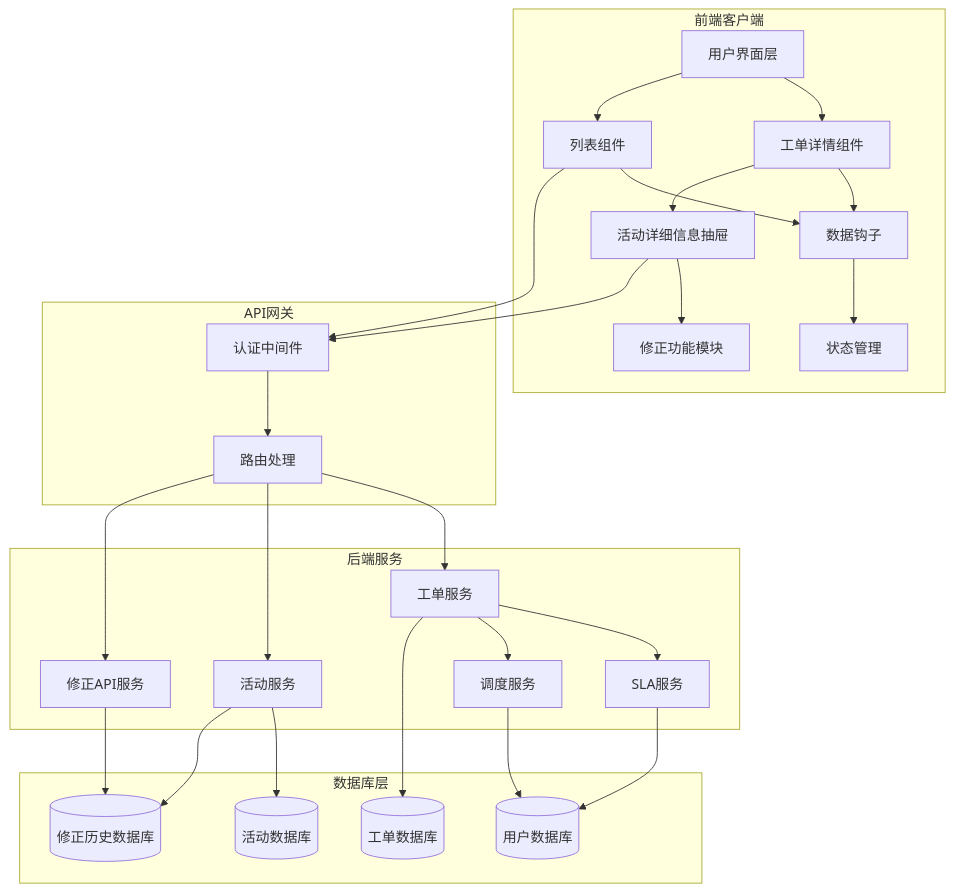
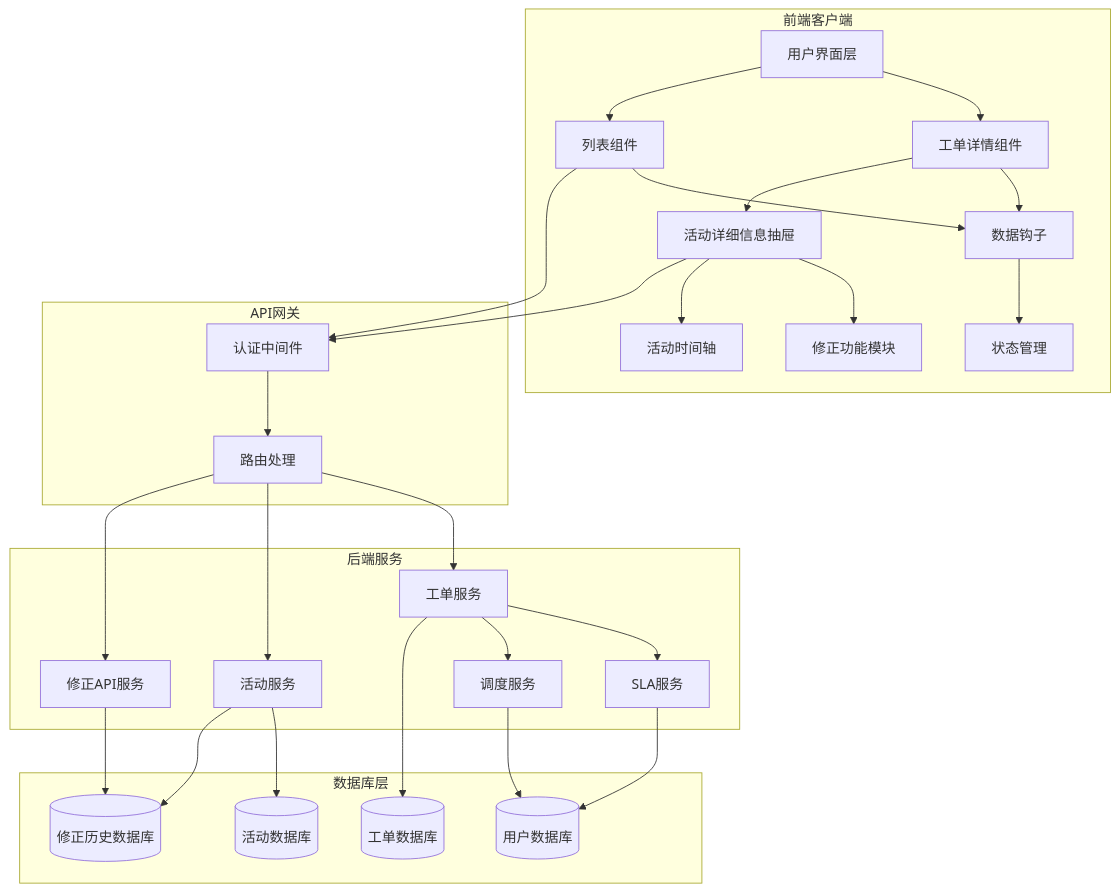
The first of 13 diagrams in .qoder/repowiki/zh/content/Ticket Detail System/Ticket Detail System.md (CubeEdge/Longhorn), drawn with Mermaid before and after one commit. The commit also changed other lines of this file and 31 other files, not shown here.

````diff
--- a/.qoder/repowiki/zh/content/Ticket Detail System/Ticket Detail System.md
+++ b/.qoder/repowiki/zh/content/Ticket Detail System/Ticket Detail System.md
@@ -46,50 +51,52 @@
 ```mermaid
 graph TB
 subgraph "前端客户端"
 UI[用户界面层]
 Detail[工单详情组件]
 List[列表组件]
 Hooks[数据钩子]
 Store[状态管理]
 Drawer[活动详细信息抽屉]
 Correction[修正功能模块]
+Timeline[活动时间轴]
 end
 subgraph "API网关"
 Auth[认证中间件]
 Routes[路由处理]
 end
 subgraph "后端服务"
 Tickets[工单服务]
 Activities[活动服务]
 SLA[SLA服务]
 Dispatch[调度服务]
 CorrectionAPI[修正API服务]
 end
 subgraph "数据库层"
 TicketDB[(工单数据库)]
 ActivityDB[(活动数据库)]
 UserDB[(用户数据库)]
 CorrectionDB[(修正历史数据库)]
 end
 UI --> Detail
 UI --> List
 Detail --> Hooks
 List --> Hooks
 Hooks --> Store
 Detail --> Drawer
 Drawer --> Correction
+Drawer --> Timeline
 Drawer --> Auth
 List --> Auth
 Auth --> Routes
 Routes --> Tickets
 Routes --> Activities
 Routes --> CorrectionAPI
 Tickets --> SLA
 Tickets --> Dispatch
 Tickets --> TicketDB
 Activities --> ActivityDB
 Activities --> CorrectionDB
 SLA --> UserDB
 Dispatch --> UserDB
 CorrectionAPI --> CorrectionDB
 ```
````
